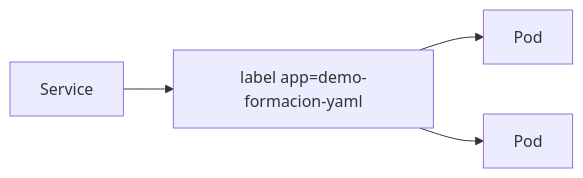
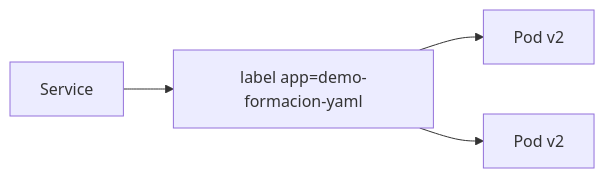
One commit to ieftraining/curso-openshift changed the third of 9 diagrams in docs/sesion2/2.2 Exponer aplicaciones.md. Above: the diagram before and after it, drawn with Mermaid. The commit also changed other lines of this file, not shown here.

````diff
--- a/docs/sesion2/2.2 Exponer aplicaciones.md
+++ b/docs/sesion2/2.2 Exponer aplicaciones.md
@@ -103,13 +109,13 @@
 ```mermaid
 flowchart LR
     S[Service]
 
     L[label app=demo-formacion-yaml]
 
-    P1[Pod]
-    P2[Pod]
+    P1[Pod v2]
+    P2[Pod v2]
 
     S --> L
     L --> P1
     L --> P2
 ```
````
